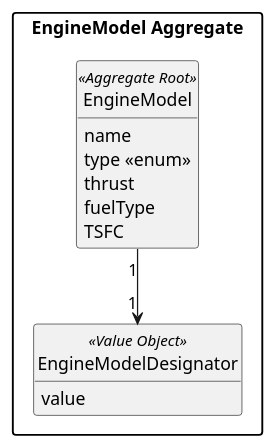
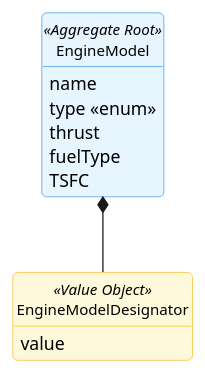
Before and after one commit to GustavoFerreira24/flight-management-platform: the diagram in docs/global-artifacts/02.analysis/puml/Aggregates/EngineModelAggregate.puml, drawn with PlantUML. The commit also changed 13 other files, not shown here.

Commit message:
US10(Code) - Refactor aggregate models to enhance visual representation and relationships in UML diagrams [#11][#12][#13][#14]

```diff
--- a/docs/global-artifacts/02.analysis/puml/Aggregates/EngineModelAggregate.puml
+++ b/docs/global-artifacts/02.analysis/puml/Aggregates/EngineModelAggregate.puml
@@ -1,27 +1,41 @@
 @startuml
-skinparam monochrome true
-skinparam packageStyle rectangle
-skinparam shadowing false
-skinparam classAttributeIconSize 0
+skinparam {
+    BackgroundColor white
+    RoundCorner 8
+    Shadowing false
+    Handwritten false
+    ClassAttributeIconSize 0
+
+    ClassBackgroundColor white
+    ClassBorderColor #495057
+    ClassFontSize 12
+
+    ClassBackgroundColor<<Aggregate Root>> #E7F5FF
+    ClassBorderColor<<Aggregate Root>> #228BE6
+
+    ClassBackgroundColor<<Value Object>> #FFF9DB
+    ClassBorderColor<<Value Object>> #FAB005
+
+    ClassBackgroundColor<<Entity>> #F3F0FF
+    ClassBorderColor<<Entity>> #7950F2
+}
 hide circle
 hide methods
 
-package "EngineModel Aggregate" {
-
-    class EngineModel <<Aggregate Root>> {
+class EngineModel <<Aggregate Root>> {
         name
         type <<enum>>
         thrust
         fuelType
         TSFC
-    }
+}
 
-    class EngineModelDesignator <<Value Object>> {
+class EngineModelDesignator <<Value Object>> {
         value
-    }
+}
 
-    EngineModel "1" --> "1" EngineModelDesignator
+EngineModel *-- EngineModelDesignator
 
 }
 
 @enduml
```
